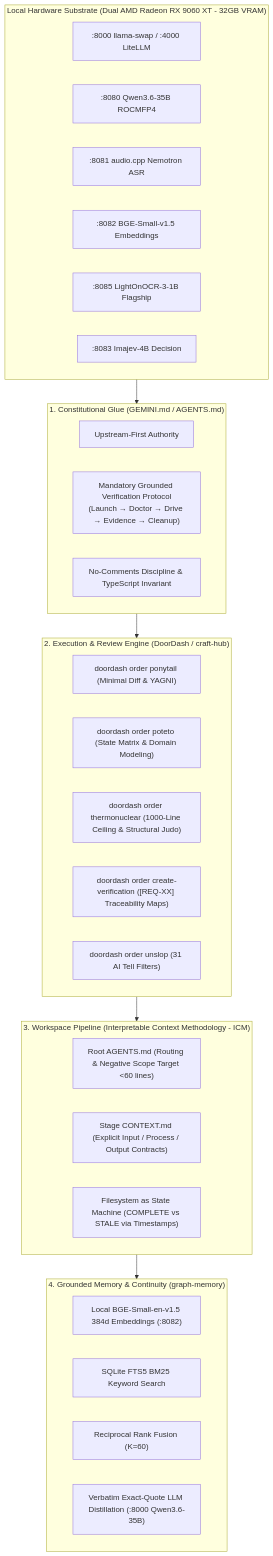
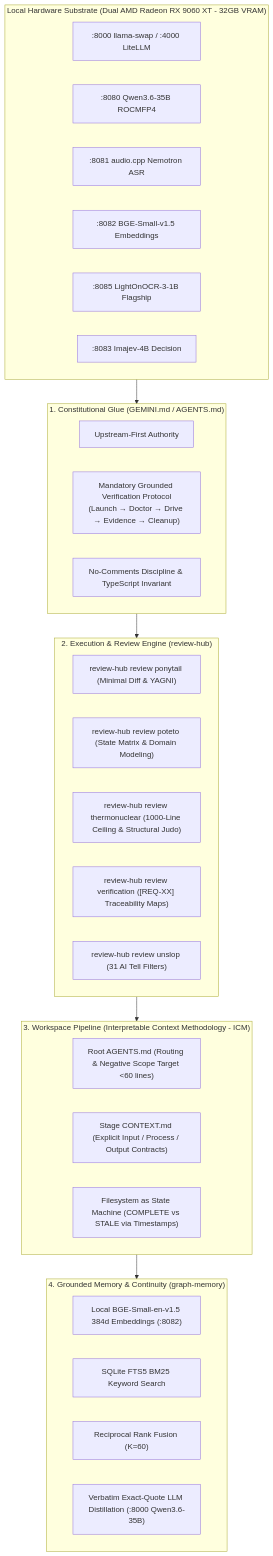
Before and after one commit to rodritimecoder/workstation-clis: the diagram in README.md, drawn with Mermaid. The commit also changed other lines of this file and 234 other files, not shown here.

Commit message:
refactor: rename craft-hub to review-hub with professional code review terminology

````diff
--- a/README.md
+++ b/README.md
@@ -16,43 +16,43 @@
 ```mermaid
 flowchart TD
     subgraph L1["1. Constitutional Glue (GEMINI.md / AGENTS.md)"]
         G1["Upstream-First Authority"]
         G2["Mandatory Grounded Verification Protocol<br/>(Launch → Doctor → Drive → Evidence → Cleanup)"]
         G3["No-Comments Discipline & TypeScript Invariant"]
     end
 
-    subgraph L2["2. Execution & Review Engine (DoorDash / craft-hub)"]
-        D1["doordash order ponytail (Minimal Diff & YAGNI)"]
-        D2["doordash order poteto (State Matrix & Domain Modeling)"]
-        D3["doordash order thermonuclear (1000-Line Ceiling & Structural Judo)"]
-        D4["doordash order create-verification ([REQ-XX] Traceability Maps)"]
-        D5["doordash order unslop (31 AI Tell Filters)"]
+    subgraph L2["2. Execution & Review Engine (review-hub)"]
+        D1["review-hub review ponytail (Minimal Diff & YAGNI)"]
+        D2["review-hub review poteto (State Matrix & Domain Modeling)"]
+        D3["review-hub review thermonuclear (1000-Line Ceiling & Structural Judo)"]
+        D4["review-hub review verification ([REQ-XX] Traceability Maps)"]
+        D5["review-hub review unslop (31 AI Tell Filters)"]
     end
 
     subgraph L3["3. Workspace Pipeline (Interpretable Context Methodology - ICM)"]
         I1["Root AGENTS.md (Routing & Negative Scope Target &lt;60 lines)"]
         I2["Stage CONTEXT.md (Explicit Input / Process / Output Contracts)"]
         I3["Filesystem as State Machine (COMPLETE vs STALE via Timestamps)"]
     end
 
     subgraph L4["4. Grounded Memory & Continuity (graph-memory)"]
         M1["Local BGE-Small-en-v1.5 384d Embeddings (:8082)"]
         M2["SQLite FTS5 BM25 Keyword Search"]
         M3["Reciprocal Rank Fusion (K=60)"]
         M4["Verbatim Exact-Quote LLM Distillation (:8000 Qwen3.6-35B)"]
     end
 
     subgraph HW["Local Hardware Substrate (Dual AMD Radeon RX 9060 XT - 32GB VRAM)"]
         P1[":8000 llama-swap / :4000 LiteLLM"]
         P2[":8080 Qwen3.6-35B ROCMFP4"]
         P3[":8081 audio.cpp Nemotron ASR"]
         P4[":8082 BGE-Small-v1.5 Embeddings"]
         P5[":8085 LightOnOCR-3-1B Flagship"]
         P6[":8083 Imajev-4B Decision"]
     end
 
     HW --> L1
     L1 --> L2
     L2 --> L3
     L3 --> L4
 ```
````
